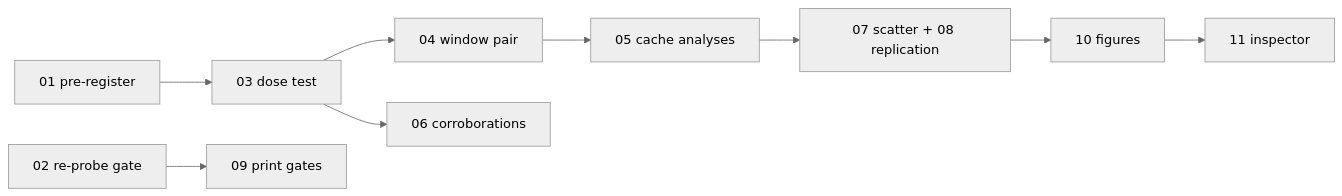
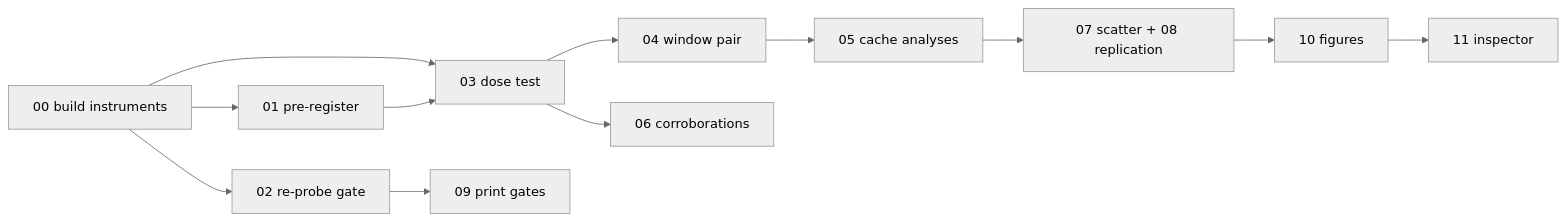
Before and after one commit to mo-rsa24/poe_repair_min: the diagram in plans/interaction-term/plans/01-preregister-normalization.md, drawn with Mermaid (neutral theme). The commit also changed 7 other files, not shown here.

````diff
--- a/plans/interaction-term/plans/01-preregister-normalization.md
+++ b/plans/interaction-term/plans/01-preregister-normalization.md
@@ -21,10 +21,13 @@
 ```mermaid
 flowchart LR
-    A[01 pre-register] --> C[03 dose test]
+    Z[00 build instruments] --> A[01 pre-register]
+    Z --> B
+    Z --> C
+    A --> C[03 dose test]
     B[02 re-probe gate] --> I[09 print gates]
     C --> D[04 window pair]
     C --> F[06 corroborations]
     D --> E[05 cache analyses]
     E --> G[07 scatter + 08 replication]
     G --> J[10 figures] --> K[11 inspector]
 ```
````
